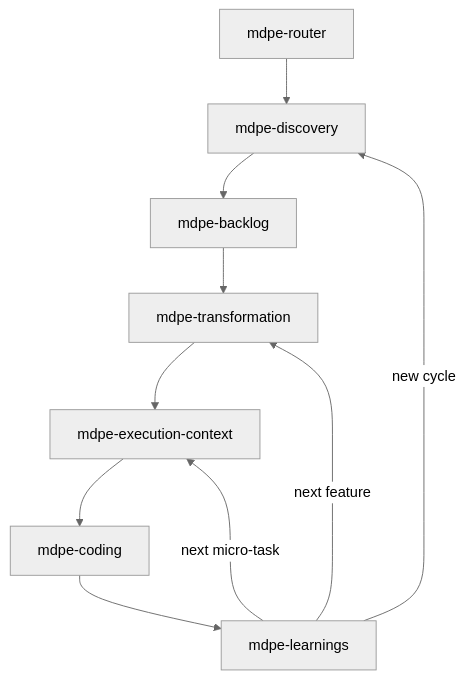
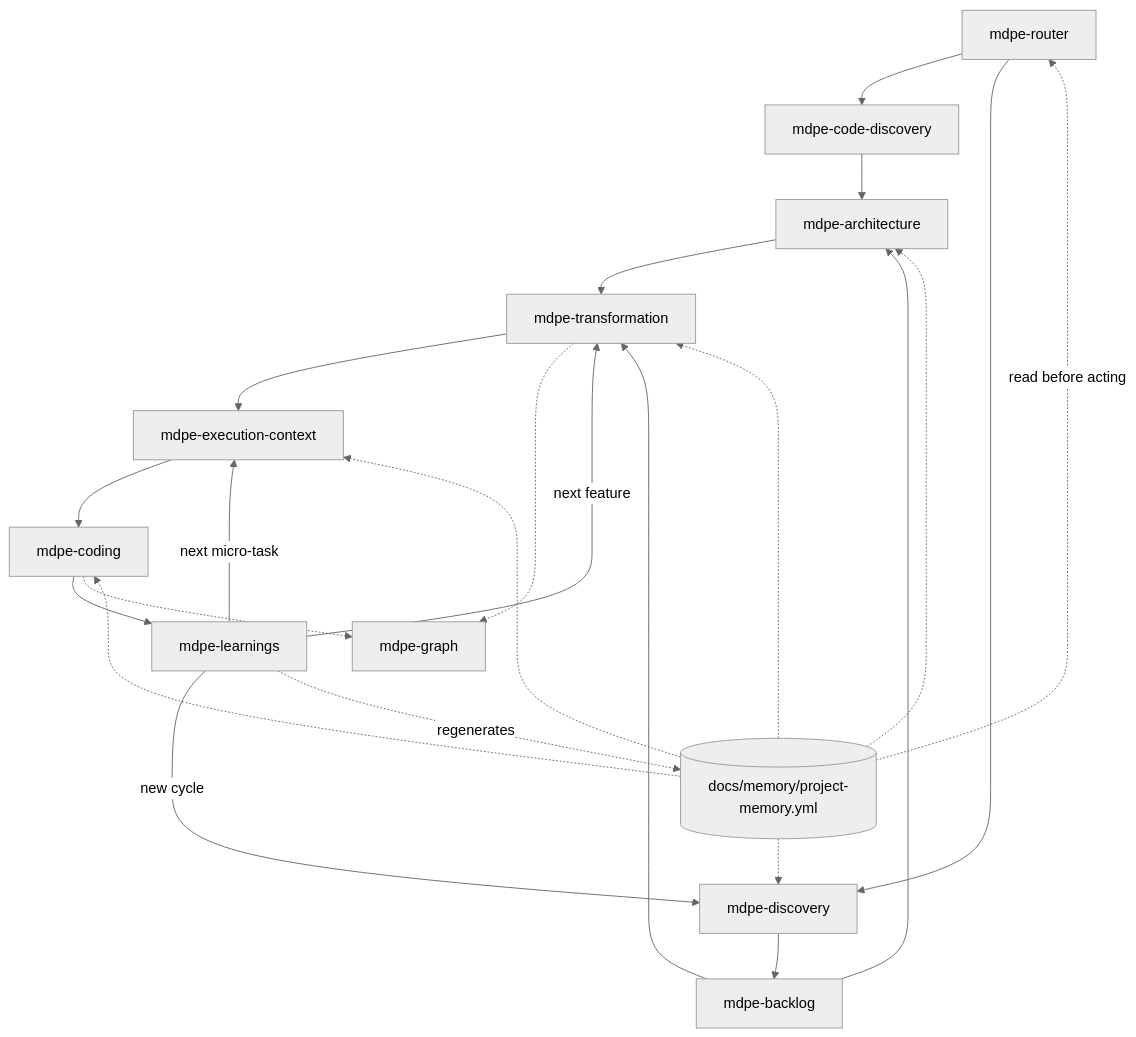
The first of 2 diagrams in docs/mdpe-flow.md (kallebelins/mdpe-skills), drawn with Mermaid (neutral theme) before and after one commit. The commit also changed other lines of this file and 17 other files, not shown here.

First line of the commit message:
feat(skills): add brownfield discovery, architecture decisions, and traceability graph skills

````diff
--- a/docs/mdpe-flow.md
+++ b/docs/mdpe-flow.md
@@ -9,12 +11,25 @@
 ```mermaid
 graph TD
-    R[mdpe-router] --> D[mdpe-discovery]
+    R[mdpe-router] --> CF[mdpe-code-discovery]
+    R --> D[mdpe-discovery]
+    CF --> AR[mdpe-architecture]
     D --> B[mdpe-backlog]
-    B --> T[mdpe-transformation]
+    B --> AR
+    AR --> T[mdpe-transformation]
+    B --> T
     T --> EC[mdpe-execution-context]
     EC --> C[mdpe-coding]
     C --> L[mdpe-learnings]
     L -->|next micro-task| EC
     L -->|next feature| T
     L -->|new cycle| D
+    T -.-> GR[mdpe-graph]
+    C -.-> GR
+    L -.regenerates.-> M[(docs/memory/project-memory.yml)]
+    M -.read before acting.-> R
+    M -.-> D
+    M -.-> AR
+    M -.-> T
+    M -.-> EC
+    M -.-> C
 ```
````
